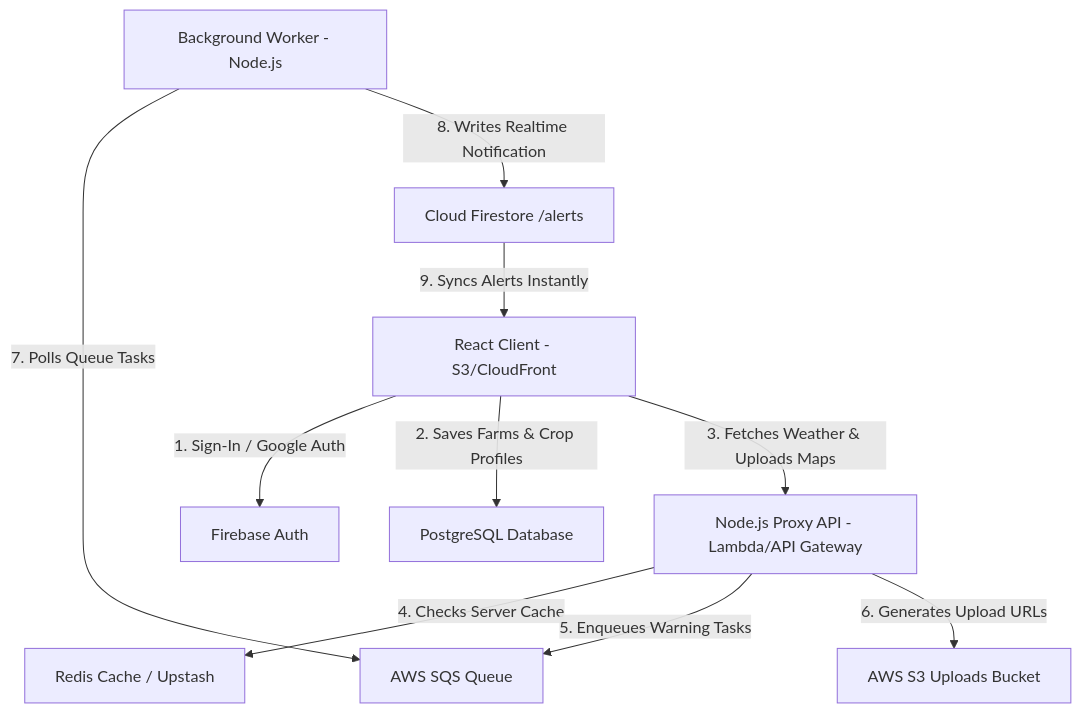
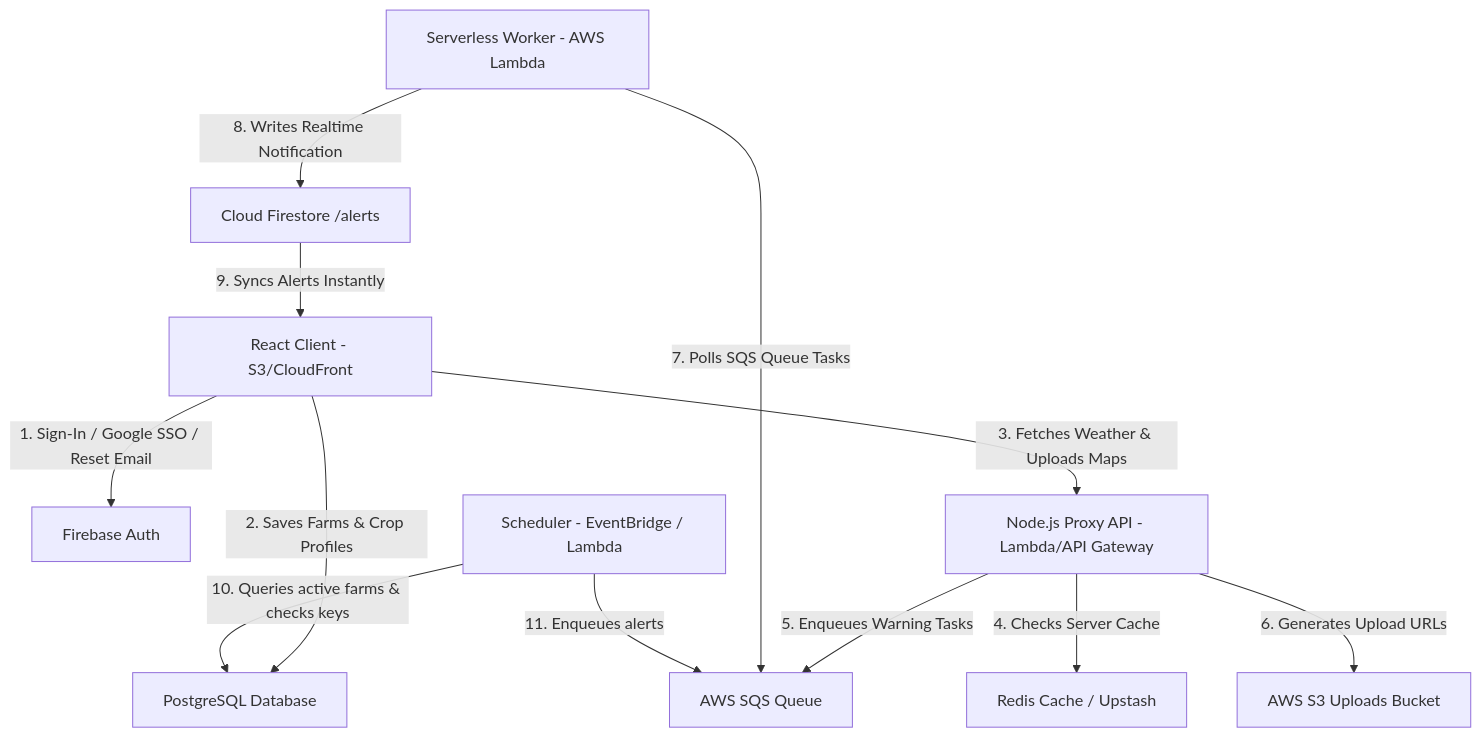
Before and after one commit to sharif291/weather-ai: the diagram in README.md, drawn with Mermaid. The commit also changed other lines of this file, not shown here.

Commit message:
docs: update system architecture diagram and document multi-tenant SaaS features

````diff
--- a/README.md
+++ b/README.md
@@ -11,12 +11,14 @@
 ```mermaid
 graph TD
-    A[React Client - S3/CloudFront] -->|1. Sign-In / Google Auth| B[Firebase Auth]
+    A[React Client - S3/CloudFront] -->|1. Sign-In / Google SSO / Reset Email| B[Firebase Auth]
     A -->|2. Saves Farms & Crop Profiles| C[PostgreSQL Database]
     A -->|3. Fetches Weather & Uploads Maps| D[Node.js Proxy API - Lambda/API Gateway]
     D -->|4. Checks Server Cache| E[Redis Cache / Upstash]
     D -->|5. Enqueues Warning Tasks| F[AWS SQS Queue]
     D -->|6. Generates Upload URLs| G[AWS S3 Uploads Bucket]
-    H[Background Worker - Node.js] -->|7. Polls Queue Tasks| F
+    H[Serverless Worker - AWS Lambda] -->|7. Polls SQS Queue Tasks| F
     H -->|8. Writes Realtime Notification| I[Cloud Firestore /alerts]
     I -->|9. Syncs Alerts Instantly| A
+    J[Scheduler - EventBridge / Lambda] -->|10. Queries active farms & checks keys| C
+    J -->|11. Enqueues alerts| F
 ```
````
